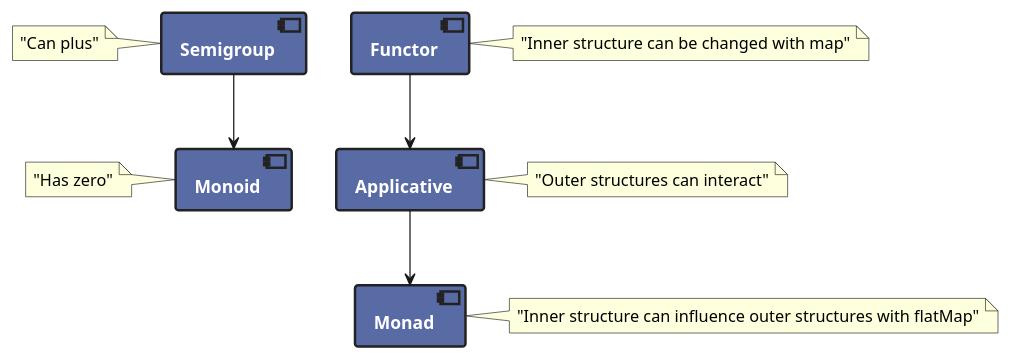
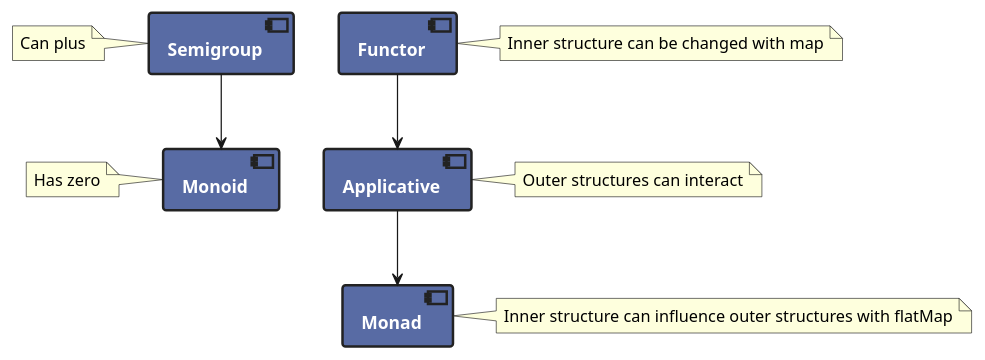
Before and after one commit to mcanlas/presentation-slides: the diagram in slides/diagrams/220-functor-with-notes.puml, drawn with PlantUML. The commit also changed 11 other files, not shown here.

```diff
--- a/slides/diagrams/220-functor-with-notes.puml
+++ b/slides/diagrams/220-functor-with-notes.puml
@@ -1,32 +1,32 @@
 @startuml
 
 skinparam defaultTextAlignment center
 
 skinparam component {
   fontStyle bold
   fontColor white
   backgroundColor #586ba4
   borderColor #222
   borderThickness 2
 }
 
 component semigroup as "Semigroup"
-note left of semigroup: "Can plus"
+note left of semigroup: Can plus
 
 component monoid as "Monoid"
-note left of monoid: "Has zero"
+note left of monoid: Has zero
 
 semigroup --> monoid
 
 component functor as "Functor"
-note right of functor: "Inner structure can be changed with map"
+note right of functor: Inner structure can be changed with map
 
 component applicative as "Applicative"
-note right of applicative: "Outer structures can interact"
+note right of applicative: Outer structures can interact
 
 component monad as "Monad"
-note right of monad: "Inner structure can influence outer structures with flatMap"
+note right of monad: Inner structure can influence outer structures with flatMap
 
 functor --> applicative
 applicative --> monad
 @enduml
```
